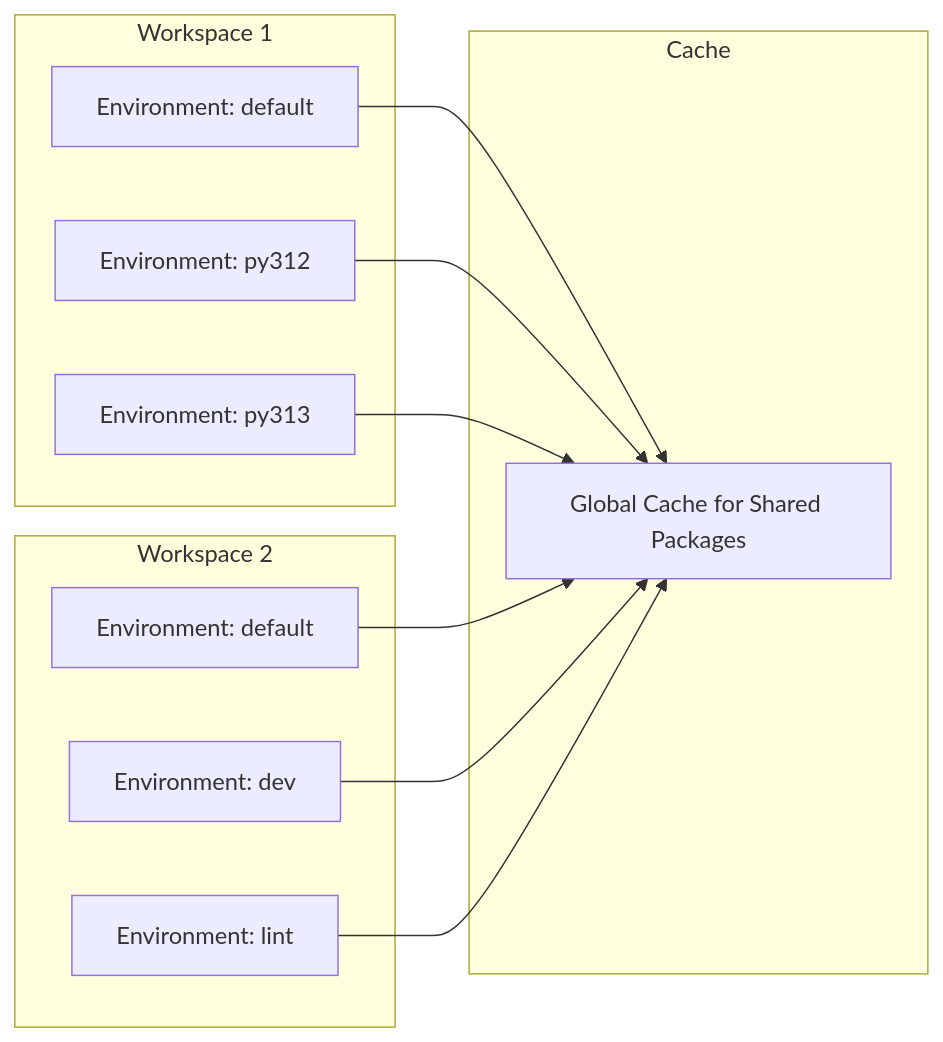
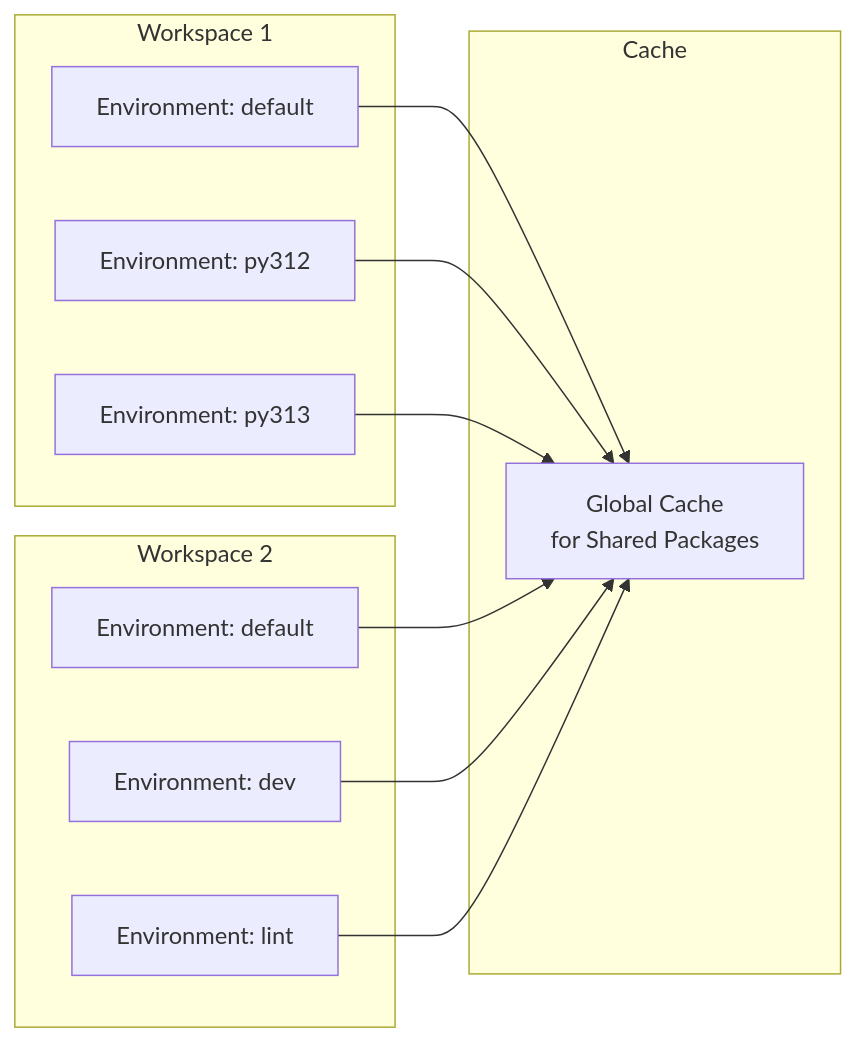
One commit to Hofer-Julian/slidev-presentations changed the first of 3 diagrams in 2025-07-europython-main-presentation/slides.md. Above: the diagram before and after it, drawn with Mermaid. The commit also changed other lines of this file and 9 other files, not shown here.

````diff
--- a/2025-07-europython-main-presentation/slides.md
+++ b/2025-07-europython-main-presentation/slides.md
@@ -429,16 +429,17 @@
 ```mermaid
 graph LR
     subgraph Cache
-        B[Global Cache for Shared Packages]
+        B[Global Cache
+        for Shared Packages]
     end
     subgraph Workspace 1
         A[Environment: default] --> B
         C[Environment: py312] --> B
         E[Environment: py313] --> B
     end
     subgraph Workspace 2
         G[Environment: default] --> B
         I[Environment: dev] --> B
         K[Environment: lint] --> B
     end
 ```
````
